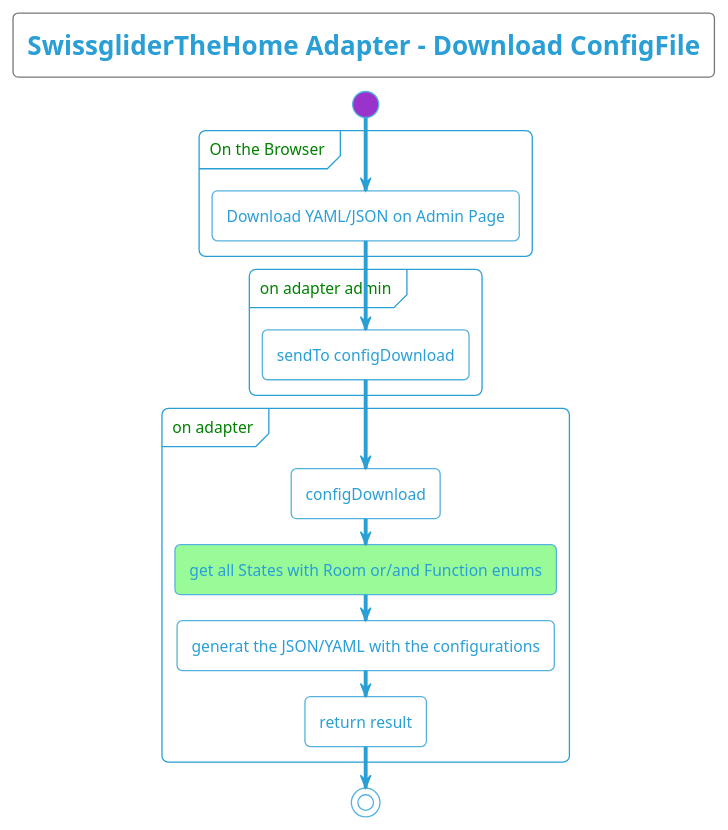
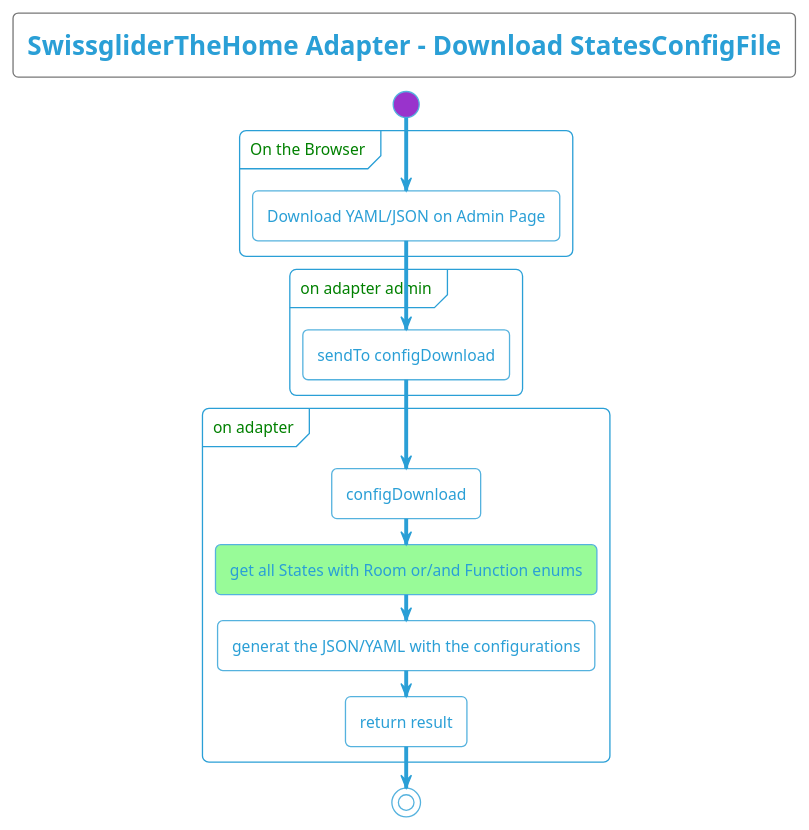
One commit to swissglider/iobroker.thehome changed the diagram in docu/plantuml/server/SwissgliderTheHome - Activity Diagram - ConfigDownloader.iuml. Above: the diagram before and after it, drawn with PlantUML. The commit also changed 42 other files, not shown here.

Commit message:
Upload / Download ConfigFile / SingleStateConfig Upload UseCase Implemented

```diff
--- a/docu/plantuml/server/SwissgliderTheHome - Activity Diagram - ConfigDownloader.iuml
+++ b/docu/plantuml/server/SwissgliderTheHome - Activity Diagram - ConfigDownloader.iuml
@@ -1,37 +1,37 @@
 @startuml
 !theme cyborg-outline
 
 <style>
     diamond {
         BackgroundColor #ccf
     }
     partition {
         FontColor green
         RoundCorner 10
     }
   arrow {
     FontColor black
     FontName arial
   }
 </style>
 
 title
-    SwissgliderTheHome Adapter - Download ConfigFile
+    SwissgliderTheHome Adapter - Download StatesConfigFile
 end title
 
 start
 partition "On the Browser" {
     :Download YAML/JSON on Admin Page;
 }
 partition "on adapter admin" {
 :sendTo configDownload;
 }
 partition "on adapter" {
     :configDownload;
     #palegreen:get all States with Room or/and Function enums;
     :generat the JSON/YAML with the configurations;
     :return result;
 }
 stop
 
 @enduml
```
